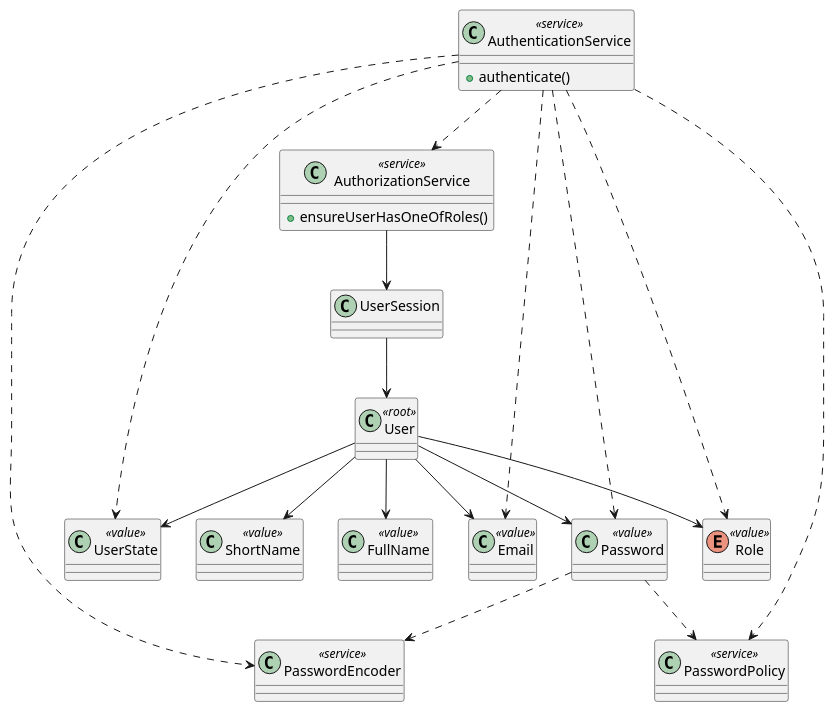
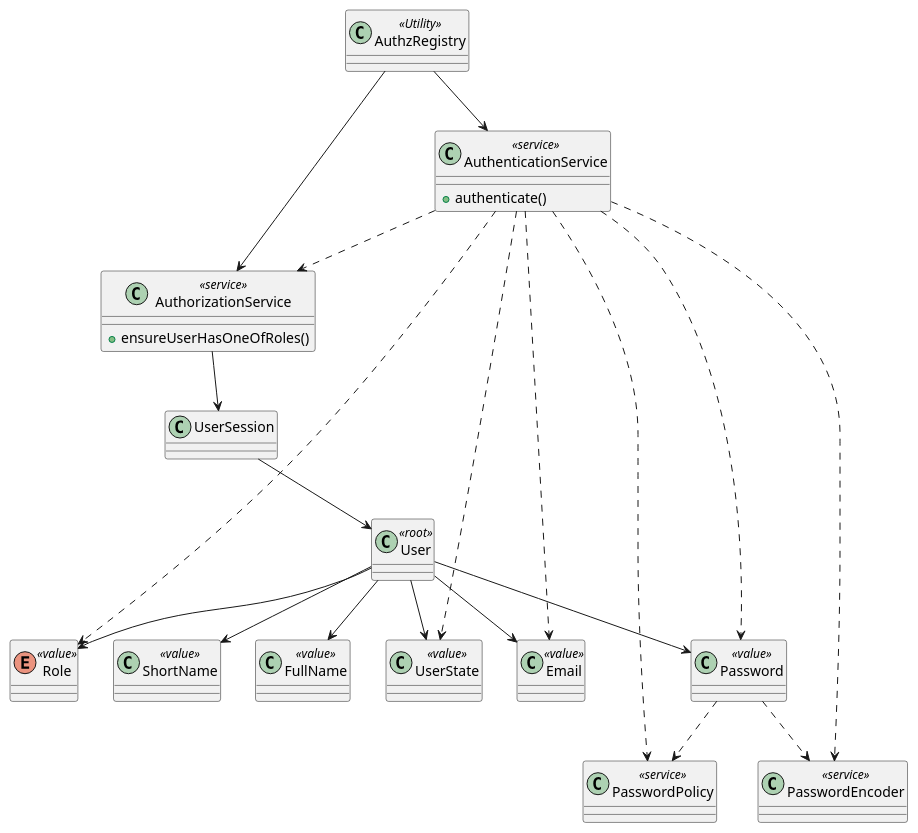
One commit to brunacosta03/sem4pi_22_23 changed the diagram in docs/SPRINT A/US_G006/Design/Class_Diagram.puml. Above: the diagram before and after it, drawn with PlantUML. The commit also changed 1 other file, not shown here.

Commit message:
docs: new Utility AuthzRegistry will keep track of AuthenticationService and AuthorizationService #5

```diff
--- a/docs/SPRINT A/US_G006/Design/Class_Diagram.puml
+++ b/docs/SPRINT A/US_G006/Design/Class_Diagram.puml
@@ -1,79 +1,85 @@
 @startuml
 
+
+class AuthzRegistry <<Utility>> {
+}
 
 ' Services
 class AuthenticationService <<service>> {
     + authenticate()
 }
 
 class AuthorizationService <<service>> {
     + ensureUserHasOneOfRoles()
 }
 
 class PasswordEncoder <<service>> {
 }
 
 class PasswordPolicy <<service>> {
 }
 
 class UserSession {
 }
 
 
 ' User aggregate
 class User <<root>> {
 }
 
 class UserState <<value>> {
 }
 
 class ShortName <<value>> {
 }
 
 class FullName <<value>> {
 }
 
 class Email <<value>> {
 }
 
 class Password <<value>> {
 }
 
 enum Role <<value>> {
 }
 
 
 
 ' User value objects
 User --> ShortName
 User --> FullName
 User --> Email
 User --> Password
 User --> UserState
 User --> Role
 
 ' What does authentication use?
 AuthenticationService ..> AuthorizationService
 AuthenticationService ..> Email
 AuthenticationService ..> Password
 AuthenticationService ..> UserState
 AuthenticationService ..> Role
 AuthenticationService ..> PasswordPolicy
 AuthenticationService ..> PasswordEncoder
 
 ' What does authorization have?
 AuthorizationService --> UserSession
 
 ' What does a user session have?
 UserSession --> User
 
 ' What does a password use?
 ' (Since it has business logic rules and can't be directly be persisted)
 Password ..> PasswordPolicy
 Password ..> PasswordEncoder
 
+AuthzRegistry --> AuthenticationService
+AuthzRegistry --> AuthorizationService
+
 
 
 
 
 @enduml
```
